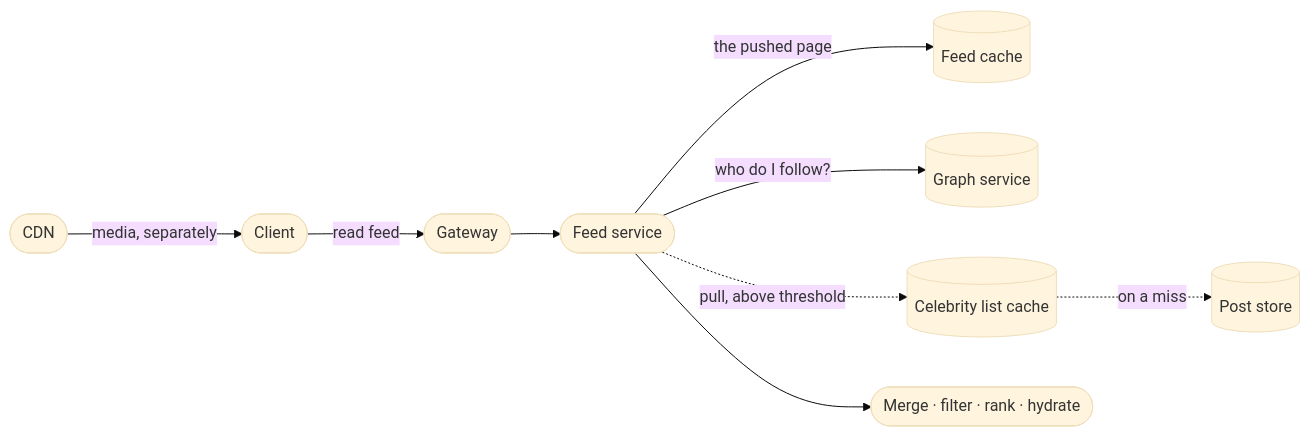
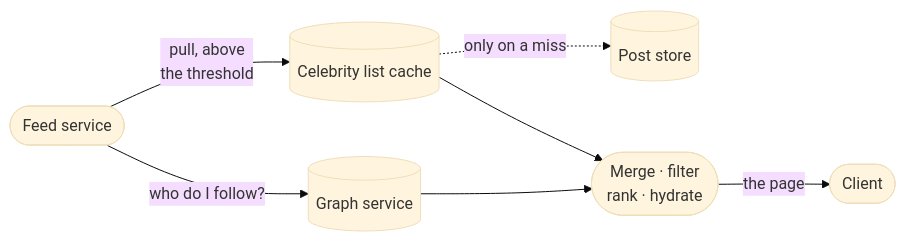
Before and after one commit to Laticent/lattice: diagram 19 of 21 in examples/system-design-foundations.md, drawn with Mermaid (base theme). The commit also changed other lines of this file and 1 other file, not shown here.

First line of the commit message:
deck(examples): stop three diagrams teaching something false

````diff
--- a/examples/system-design-foundations.md
+++ b/examples/system-design-foundations.md
@@ -2677,10 +2695,9 @@
 ```mermaid
 flowchart LR
-  C(["Client"]) -->|"read feed"| API(["Gateway"]) --> FR(["Feed service"])
-  FR -->|"the pushed page"| FC[("Feed cache")]
-  FR -->|"who do I follow?"| GS[("Graph service")]
-  FR -.->|"pull, above threshold"| CC[("Celebrity list cache")]
-  CC -.->|"on a miss"| PDB[("Post store")]
-  FR --> OUT(["Merge · filter · rank · hydrate"])
-  CDN(["CDN"]) -->|"media, separately"| C
+  FR(["Feed service"]) -->|"who do I follow?"| GS[("Graph service")]
+  FR -->|"pull, above<br/>the threshold"| CC[("Celebrity list cache")]
+  CC -.->|"only on a miss"| PDB[("Post store")]
+  GS --> M(["Merge · filter<br/>rank · hydrate"])
+  CC --> M
+  M -->|"the page"| C(["Client"])
 ```
````
